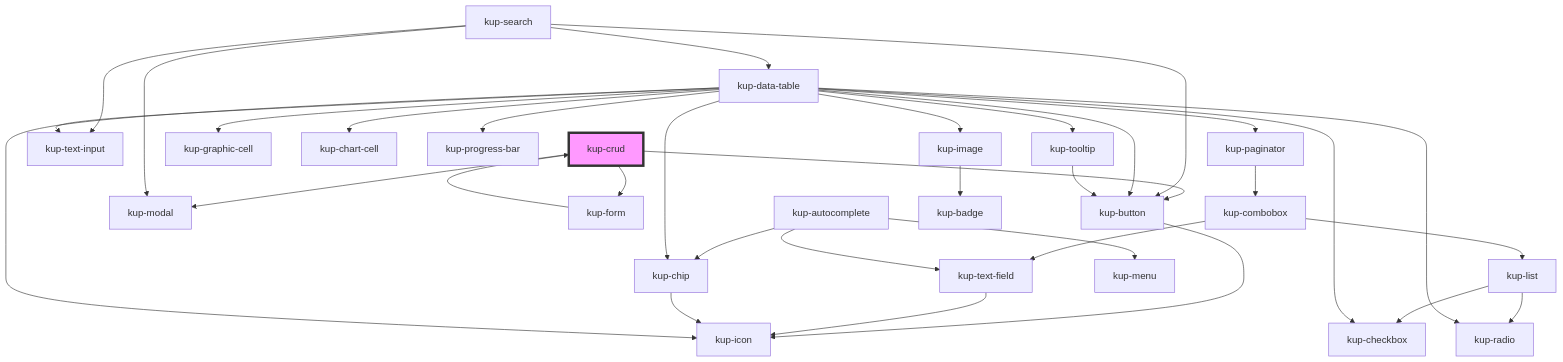
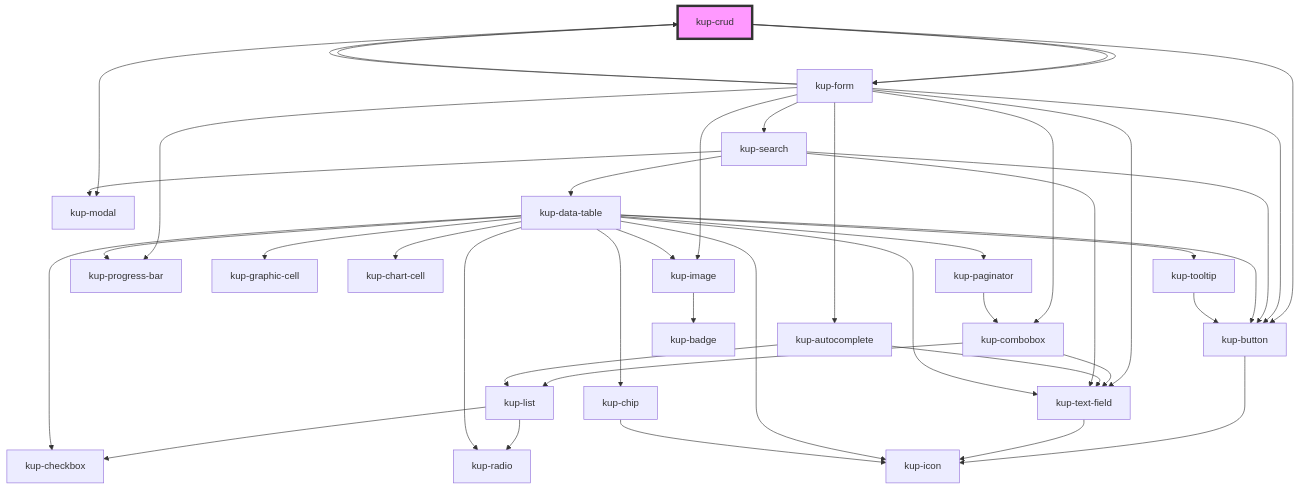
Before and after one commit to smeup/ketchup: the diagram in packages/ketchup/src/components/kup-crud/readme.md, drawn with Mermaid. The commit also changed other lines of this file and 32 other files, not shown here.

Commit message:
Rendamed kup-fld to kup-field. Implented field showcase.

````diff
--- a/packages/ketchup/src/components/kup-crud/readme.md
+++ b/packages/ketchup/src/components/kup-crud/readme.md
@@ -80,37 +81,45 @@
 ```mermaid
 graph TD;
   kup-crud --> kup-button
   kup-crud --> kup-modal
   kup-crud --> kup-form
+  kup-crud --> kup-form
   kup-button --> kup-icon
+  kup-form --> kup-combobox
+  kup-form --> kup-crud
+  kup-form --> kup-autocomplete
+  kup-form --> kup-search
+  kup-form --> kup-image
+  kup-form --> kup-progress-bar
+  kup-form --> kup-text-field
+  kup-form --> kup-button
   kup-form --> kup-crud
   kup-combobox --> kup-text-field
   kup-combobox --> kup-list
   kup-text-field --> kup-icon
   kup-list --> kup-radio
   kup-list --> kup-checkbox
-  kup-autocomplete --> kup-chip
   kup-autocomplete --> kup-text-field
-  kup-autocomplete --> kup-menu
-  kup-chip --> kup-icon
-  kup-search --> kup-text-input
+  kup-autocomplete --> kup-list
+  kup-search --> kup-text-field
   kup-search --> kup-button
   kup-search --> kup-modal
   kup-search --> kup-data-table
   kup-data-table --> kup-checkbox
-  kup-data-table --> kup-text-input
+  kup-data-table --> kup-text-field
   kup-data-table --> kup-icon
   kup-data-table --> kup-image
   kup-data-table --> kup-button
   kup-data-table --> kup-graphic-cell
   kup-data-table --> kup-chart-cell
   kup-data-table --> kup-progress-bar
   kup-data-table --> kup-radio
   kup-data-table --> kup-tooltip
   kup-data-table --> kup-paginator
   kup-data-table --> kup-chip
   kup-image --> kup-badge
   kup-tooltip --> kup-button
   kup-paginator --> kup-combobox
+  kup-chip --> kup-icon
   style kup-crud fill:#f9f,stroke:#333,stroke-width:4px
 ```
````
